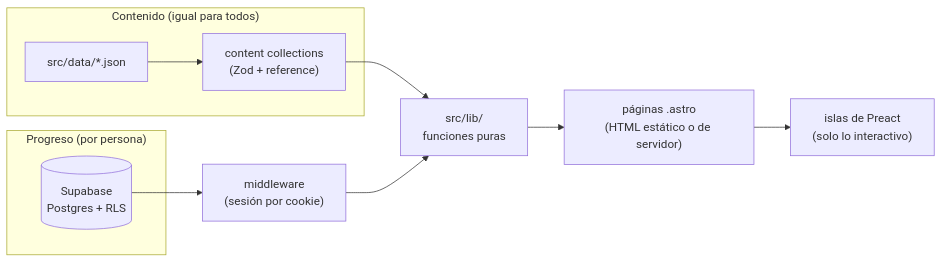
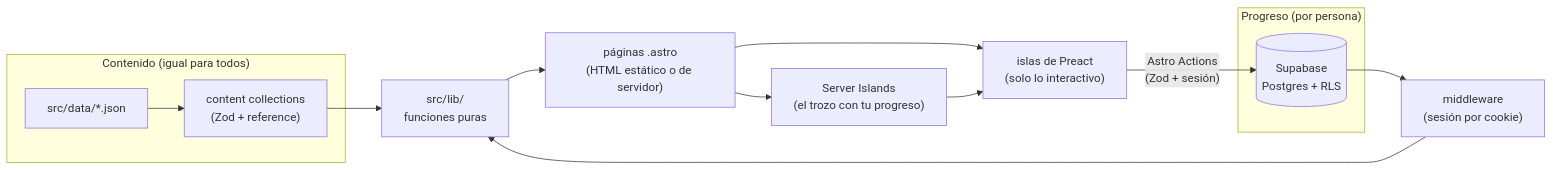
The diagram in README.md (yue-codes/sanssouci), drawn with Mermaid before and after one commit. The commit also changed other lines of this file and 103 other files, not shown here.

````diff
--- a/README.md
+++ b/README.md
@@ -102,13 +102,16 @@
 ```mermaid
 flowchart LR
     subgraph Contenido["Contenido (igual para todos)"]
         JSON["src/data/*.json"] --> CC["content collections<br/>(Zod + reference)"]
     end
     subgraph Progreso["Progreso (por persona)"]
         DB[("Supabase<br/>Postgres + RLS")]
     end
     CC --> LIB["src/lib/<br/>funciones puras"]
     DB --> MW["middleware<br/>(sesión por cookie)"] --> LIB
     LIB --> PAG["páginas .astro<br/>(HTML estático o de servidor)"]
+    PAG --> SI["Server Islands<br/>(el trozo con tu progreso)"]
     PAG --> ISL["islas de Preact<br/>(solo lo interactivo)"]
+    SI --> ISL
+    ISL -- "Astro Actions<br/>(Zod + sesión)" --> DB
 ```
````
